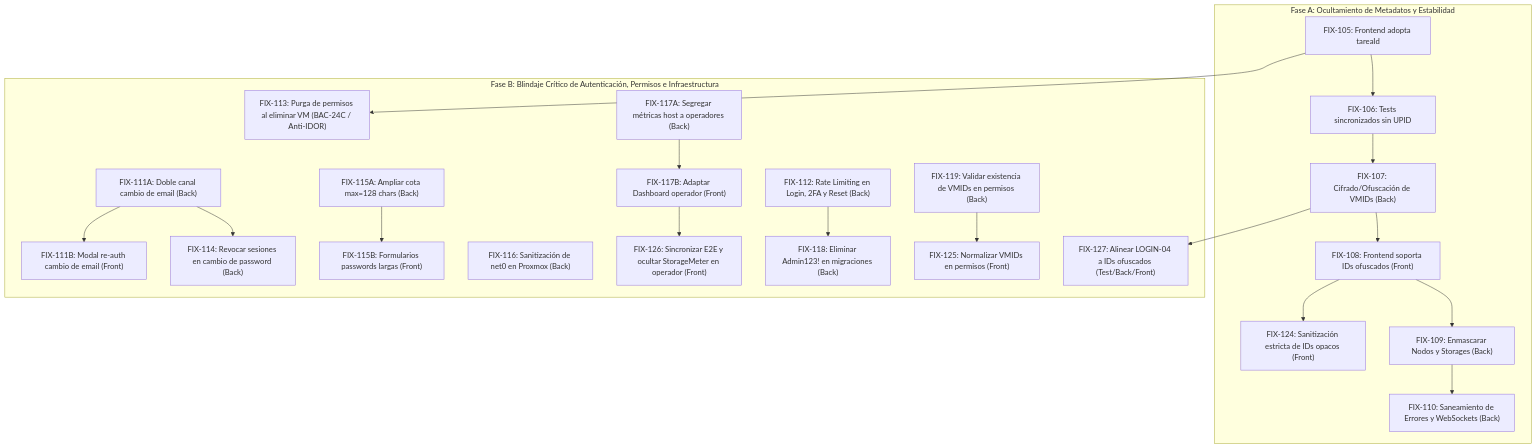
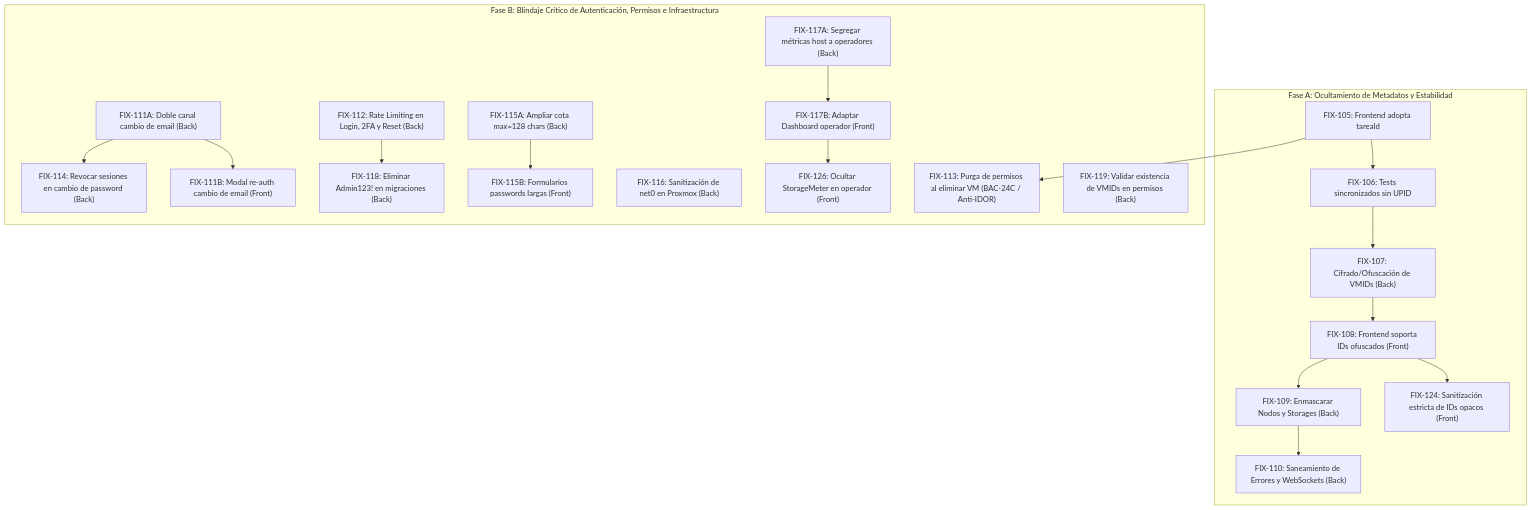
Before and after one commit to micaelaalvaradomendez/centinela: the diagram in documentacion/futuro2.md, drawn with Mermaid. The commit also changed other lines of this file and 11 other files, not shown here.

````diff
--- a/documentacion/futuro2.md
+++ b/documentacion/futuro2.md
@@ -199,31 +145,28 @@
 ```mermaid
 flowchart TD
     subgraph FaseA["Fase A: Ocultamiento de Metadatos y Estabilidad"]
         FIX105["FIX-105: Frontend adopta tareaId"] --> FIX106["FIX-106: Tests sincronizados sin UPID"]
         FIX106 --> FIX107["FIX-107: Cifrado/Ofuscación de VMIDs (Back)"]
         FIX107 --> FIX108["FIX-108: Frontend soporta IDs ofuscados (Front)"]
         FIX108 --> FIX124["FIX-124: Sanitización estricta de IDs opacos (Front)"]
         FIX108 --> FIX109["FIX-109: Enmascarar Nodos y Storages (Back)"]
         FIX109 --> FIX110["FIX-110: Saneamiento de Errores y WebSockets (Back)"]
     end
 
     subgraph FaseB["Fase B: Blindaje Crítico de Autenticación, Permisos e Infraestructura"]
         FIX111A["FIX-111A: Doble canal cambio de email (Back)"] --> FIX111B["FIX-111B: Modal re-auth cambio de email (Front)"]
         FIX112["FIX-112: Rate Limiting en Login, 2FA y Reset (Back)"]
         FIX113["FIX-113: Purga de permisos al eliminar VM (BAC-24C / Anti-IDOR)"]
         FIX114["FIX-114: Revocar sesiones en cambio de password (Back)"]
         FIX115A["FIX-115A: Ampliar cota max=128 chars (Back)"] --> FIX115B["FIX-115B: Formularios passwords largas (Front)"]
         FIX116["FIX-116: Sanitización de net0 en Proxmox (Back)"]
         FIX117A["FIX-117A: Segregar métricas host a operadores (Back)"] --> FIX117B["FIX-117B: Adaptar Dashboard operador (Front)"]
-        FIX117B --> FIX126["FIX-126: Sincronizar E2E y ocultar StorageMeter en operador (Front)"]
+        FIX117B --> FIX126["FIX-126: Ocultar StorageMeter en operador (Front)"]
         FIX118["FIX-118: Eliminar Admin123! en migraciones (Back)"]
         FIX119["FIX-119: Validar existencia de VMIDs en permisos (Back)"]
-        FIX125["FIX-125: Normalizar VMIDs en permisos (Front)"]
-        FIX107 --> FIX127["FIX-127: Alinear LOGIN-04 a IDs ofuscados (Test/Back/Front)"]
     end
 
     FIX105 --> FIX113
     FIX111A --> FIX114
     FIX112 --> FIX118
-    FIX119 --> FIX125
 ```
````
